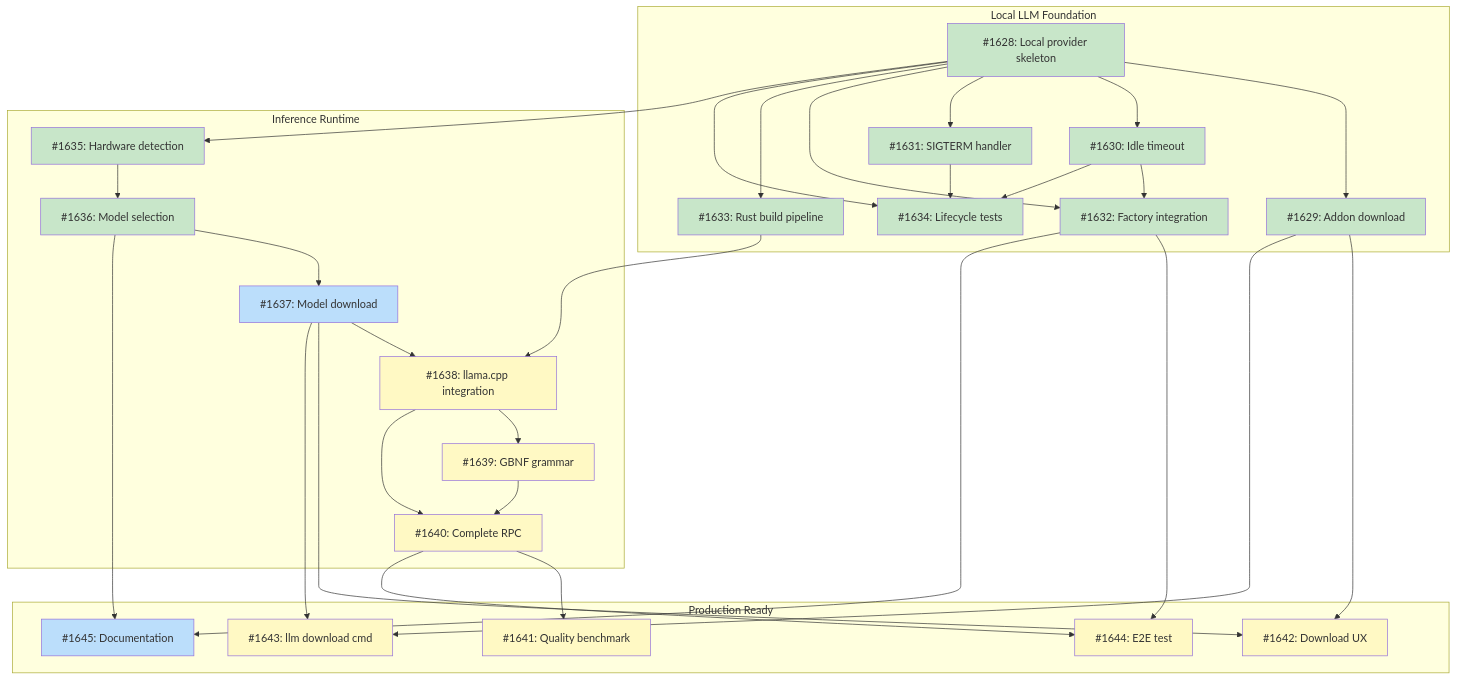
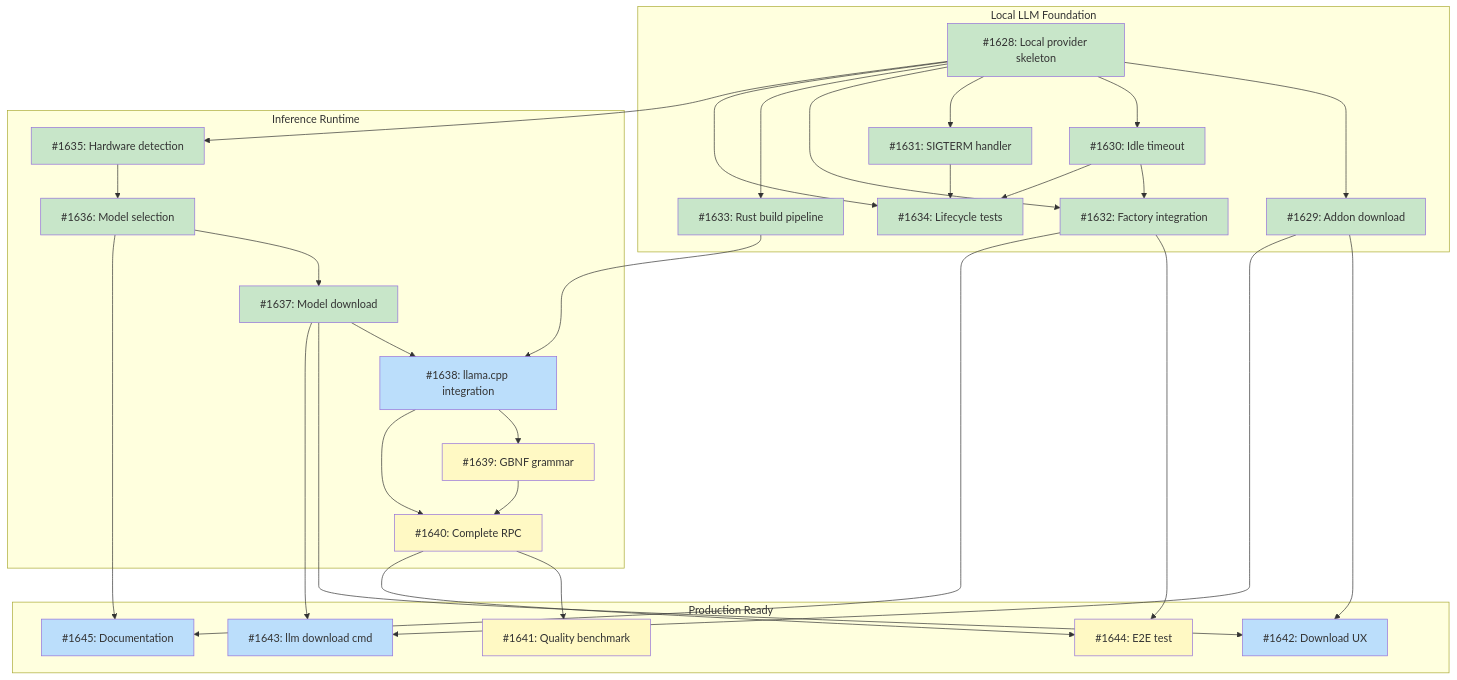
The diagram in docs/designs/DESIGN-local-llm-runtime.md (tsukumogami/tsuku), drawn with Mermaid before and after one commit. The commit also changed other lines of this file, not shown here.

Commit message:
docs: mark #1637 done in design doc diagram

````diff
--- a/docs/designs/DESIGN-local-llm-runtime.md
+++ b/docs/designs/DESIGN-local-llm-runtime.md
@@ -74,65 +74,65 @@
 ```mermaid
 graph TD
     subgraph M1["Local LLM Foundation"]
         I1628["#1628: Local provider skeleton"]
         I1629["#1629: Addon download"]
         I1630["#1630: Idle timeout"]
         I1631["#1631: SIGTERM handler"]
         I1632["#1632: Factory integration"]
         I1633["#1633: Rust build pipeline"]
         I1634["#1634: Lifecycle tests"]
     end
 
     subgraph M2["Inference Runtime"]
         I1635["#1635: Hardware detection"]
         I1636["#1636: Model selection"]
         I1637["#1637: Model download"]
         I1638["#1638: llama.cpp integration"]
         I1639["#1639: GBNF grammar"]
         I1640["#1640: Complete RPC"]
     end
 
     subgraph M3["Production Ready"]
         I1641["#1641: Quality benchmark"]
         I1642["#1642: Download UX"]
         I1643["#1643: llm download cmd"]
         I1644["#1644: E2E test"]
         I1645["#1645: Documentation"]
     end
 
     I1628 --> I1629
     I1628 --> I1630
     I1628 --> I1631
     I1628 --> I1632
     I1630 --> I1632
     I1628 --> I1633
     I1628 --> I1634
     I1630 --> I1634
     I1631 --> I1634
     I1628 --> I1635
     I1635 --> I1636
     I1636 --> I1637
     I1633 --> I1638
     I1637 --> I1638
     I1638 --> I1639
     I1638 --> I1640
     I1639 --> I1640
     I1640 --> I1641
     I1629 --> I1642
     I1637 --> I1642
     I1629 --> I1643
     I1637 --> I1643
     I1640 --> I1644
     I1632 --> I1644
     I1632 --> I1645
     I1636 --> I1645
 
     classDef done fill:#c8e6c9
     classDef ready fill:#bbdefb
     classDef blocked fill:#fff9c4
     classDef needsDesign fill:#e1bee7
 
-    class I1628,I1629,I1630,I1631,I1632,I1633,I1634,I1635,I1636 done
-    class I1637,I1645 ready
-    class I1638,I1639,I1640,I1641,I1642,I1643,I1644 blocked
+    class I1628,I1629,I1630,I1631,I1632,I1633,I1634,I1635,I1636,I1637 done
+    class I1638,I1642,I1643,I1645 ready
+    class I1639,I1640,I1641,I1644 blocked
 ```
````
